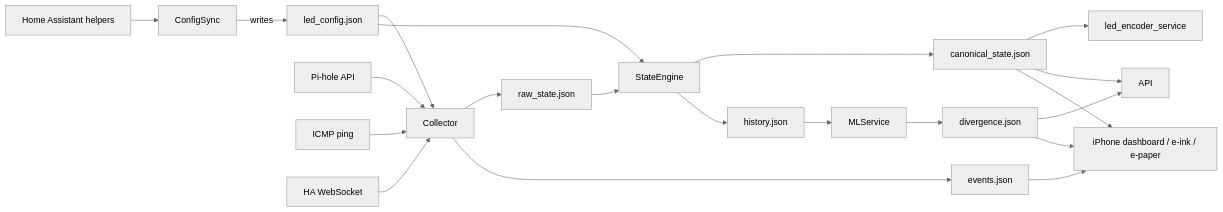
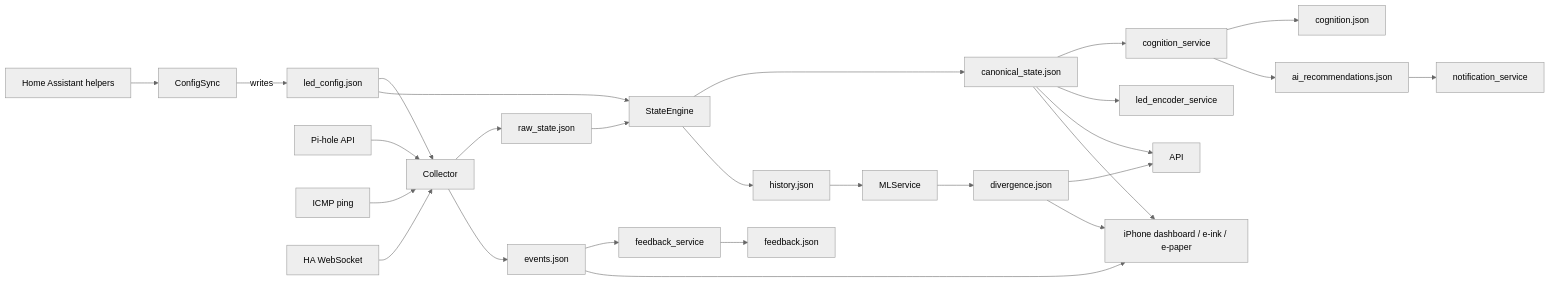
One commit to griffingilreath/rehoboam changed the diagram in README.md. Above: the diagram before and after it, drawn with Mermaid (neutral theme). The commit also changed other lines of this file and 26 other files, not shown here.

Commit message:
feat: Add cognition, AI recommendations, and feedback services

````diff
--- a/README.md
+++ b/README.md
@@ -105,23 +112,29 @@
 ```mermaid
 flowchart LR
     HAConfig[Home Assistant helpers] --> ConfigSync
     ConfigSync -->|writes| LEDConfig[led_config.json]
     PiHole[Pi-hole API] --> Collector
     Ping[ICMP ping] --> Collector
     HAEvents[HA WebSocket] --> Collector
     LEDConfig --> Collector
     Collector --> RawState[raw_state.json]
     Collector --> EventsLog[events.json]
     LEDConfig --> StateEngine
     RawState --> StateEngine
     StateEngine --> Canonical[canonical_state.json]
     StateEngine --> History[history.json]
+    Canonical --> CognitionSvc[cognition_service]
+    CognitionSvc --> Cognition[cognition.json]
+    CognitionSvc --> AIRecs[ai_recommendations.json]
+    AIRecs --> NotifySvc[notification_service]
+    EventsLog --> FeedbackSvc[feedback_service]
+    FeedbackSvc --> Feedback[feedback.json]
     History --> MLService
     MLService --> Divergence[divergence.json]
     Canonical --> Encoder[led_encoder_service]
     Canonical --> API
     Divergence --> API
     Canonical --> Displays[iPhone dashboard / e-ink / e-paper]
     Divergence --> Displays
     EventsLog --> Displays
 ```
````
